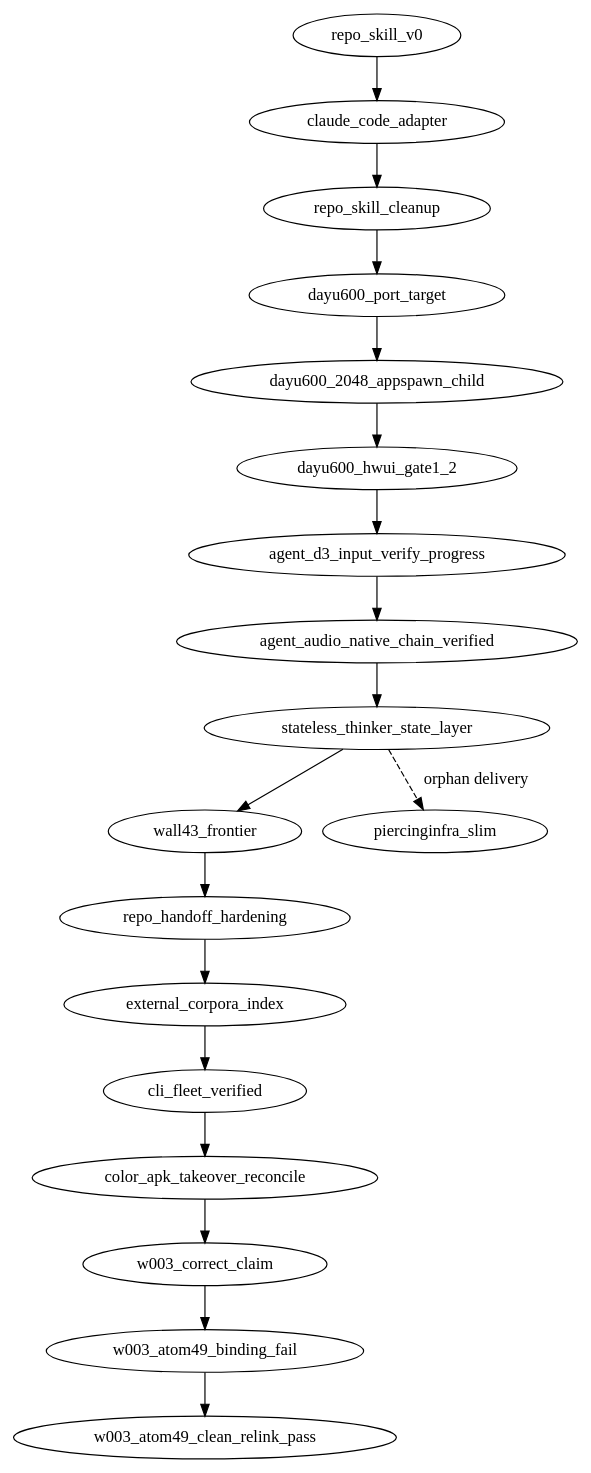
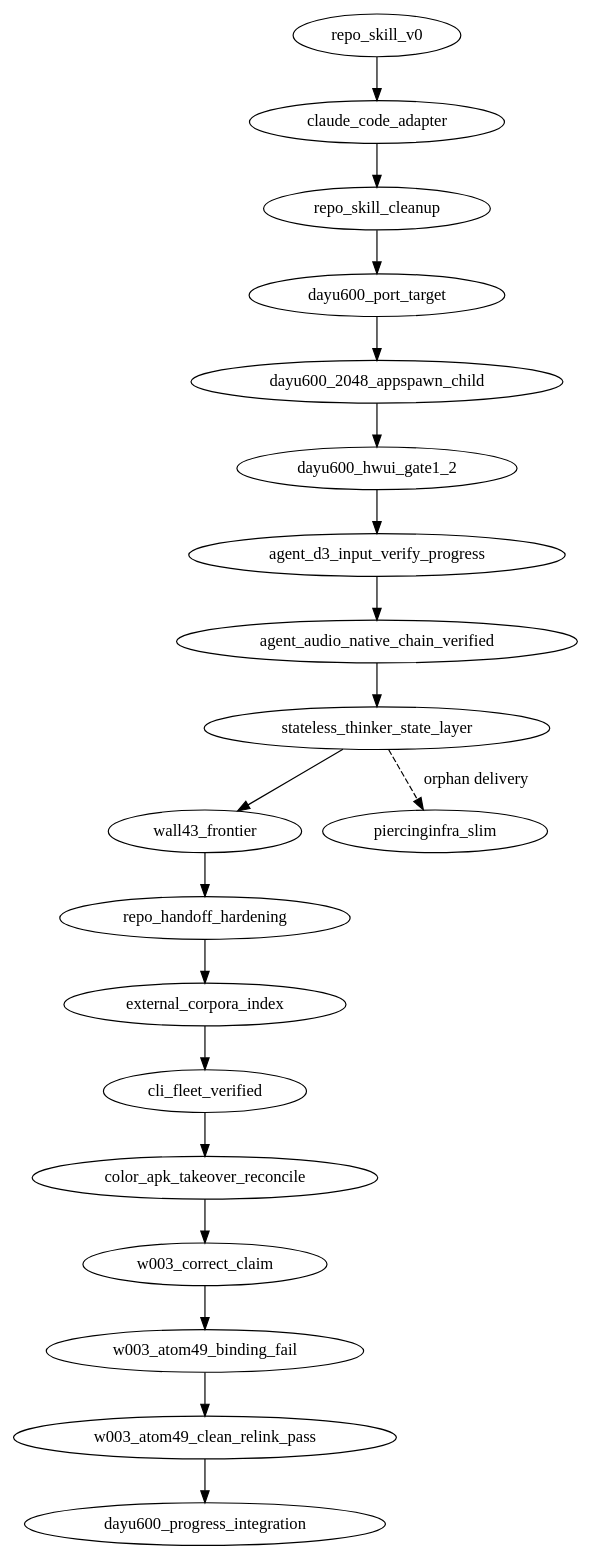
The diagram in REPO_HISTORY.dot (BH3GEI/westlake-piercing), drawn with Graphviz before and after one commit. The commit also changed 70 other files, not shown here.

```diff
--- a/REPO_HISTORY.dot
+++ b/REPO_HISTORY.dot
@@ -220,6 +220,18 @@
     note=".repo-skill/turns/2026-07-12-w003-atom49-clean-relink-pass.md"
   ];
 
-  repo_skill_v0 -> claude_code_adapter -> repo_skill_cleanup -> dayu600_port_target -> dayu600_2048_appspawn_child -> dayu600_hwui_gate1_2 -> agent_d3_input_verify_progress -> agent_audio_native_chain_verified -> stateless_thinker_state_layer -> wall43_frontier -> repo_handoff_hardening -> external_corpora_index -> cli_fleet_verified -> color_apk_takeover_reconcile -> w003_correct_claim -> w003_atom49_binding_fail -> w003_atom49_clean_relink_pass;
+  dayu600_progress_integration [
+    commit="self",
+    base_commit="66a30dfad2402a10c7797c9efe962d6f5feb5af5",
+    actor="Yao/Codex",
+    title="integrate verified DAYU600 branches and installed-HAP checkpoint",
+    user_input="Merge every valuable recent branch and Claude-session result into local main and report after completion.",
+    agent_action="Fast-forwarded the 17-commit DAYU600 branch, filtered the dirty W-003 worktree by evidence, captured the installed-HAP source checkpoint, repaired the stale-result oracle, and reconciled task/board/frontier state.",
+    code_delta="DAYU600 triangle/HAP sources and evidence, verified drawPath interpreter arm, fresh-run oracle, artifact locks, and bounded live-state reconciliation; unverified #51/#53 experiments and large binaries were excluded.",
+    verify="host shell syntax and diff checks; artboot source match; handoff structure PASS; installed-HAP Android frame remains explicitly unverified",
+    note=".repo-skill/turns/2026-07-13-dayu600-progress-integration.md"
+  ];
+
+  repo_skill_v0 -> claude_code_adapter -> repo_skill_cleanup -> dayu600_port_target -> dayu600_2048_appspawn_child -> dayu600_hwui_gate1_2 -> agent_d3_input_verify_progress -> agent_audio_native_chain_verified -> stateless_thinker_state_layer -> wall43_frontier -> repo_handoff_hardening -> external_corpora_index -> cli_fleet_verified -> color_apk_takeover_reconcile -> w003_correct_claim -> w003_atom49_binding_fail -> w003_atom49_clean_relink_pass -> dayu600_progress_integration;
   stateless_thinker_state_layer -> piercinginfra_slim [style="dashed", label="orphan delivery"];
 }
```
